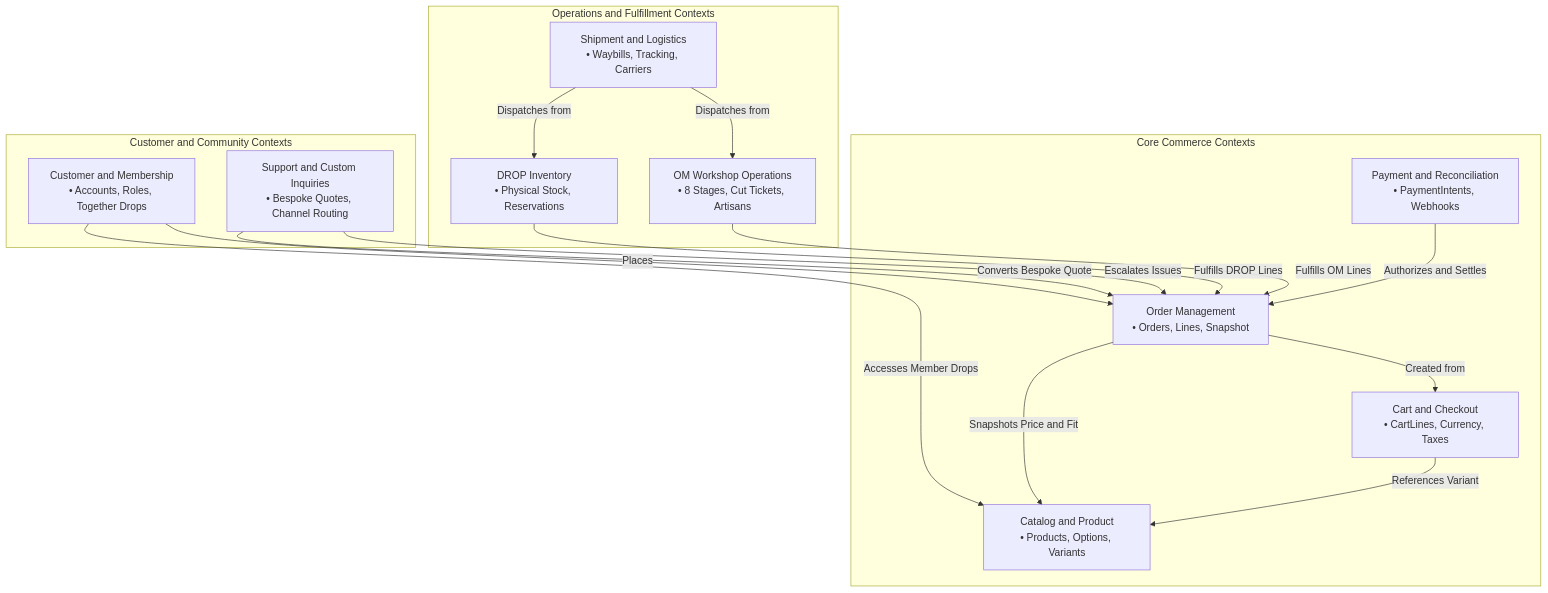
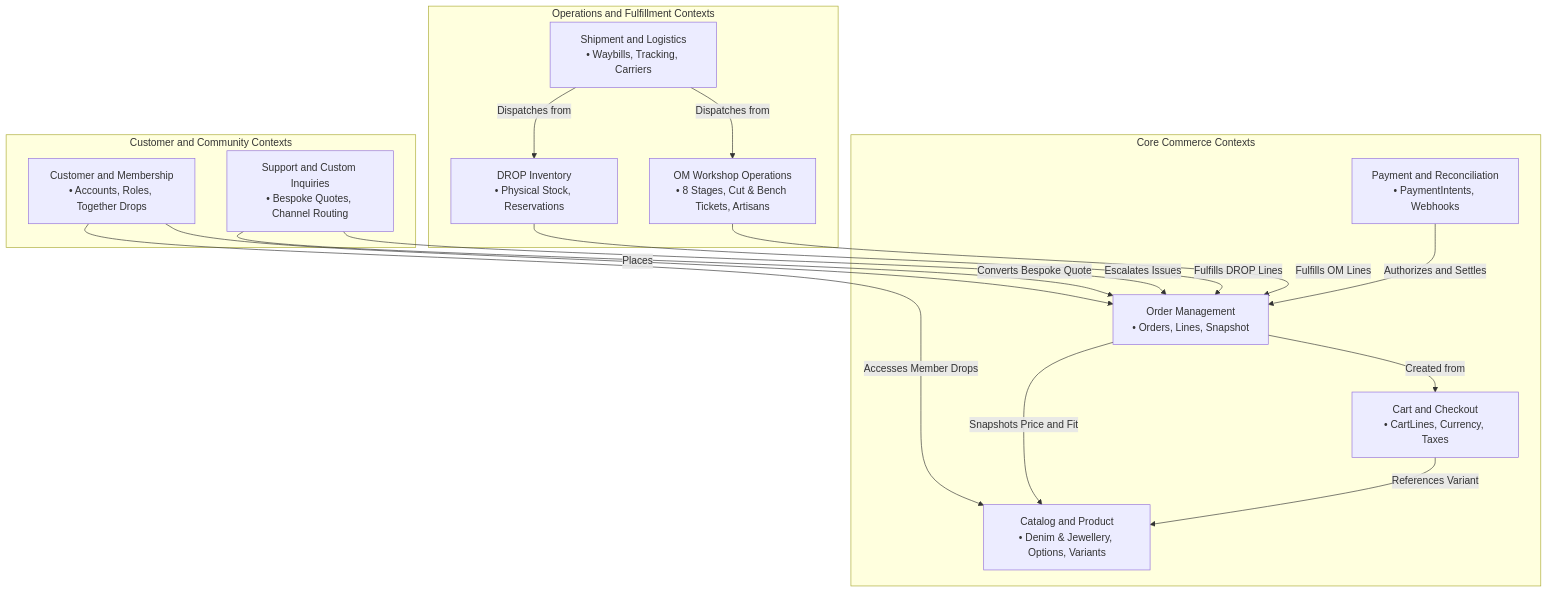
The first of 2 diagrams in docs/architecture/domain-map.md (Sarthak2233/Jeanius), drawn with Mermaid before and after one commit. The commit also changed other lines of this file and 43 other files, not shown here.

````diff
--- a/docs/architecture/domain-map.md
+++ b/docs/architecture/domain-map.md
@@ -12,33 +12,33 @@
 ```mermaid
 graph TD
     subgraph Core Commerce Contexts
-        Catalog["Catalog and Product<br/>• Products, Options, Variants"]
+        Catalog["Catalog and Product<br/>• Denim & Jewellery, Options, Variants"]
         Cart["Cart and Checkout<br/>• CartLines, Currency, Taxes"]
         Order["Order Management<br/>• Orders, Lines, Snapshot"]
         Payment["Payment and Reconciliation<br/>• PaymentIntents, Webhooks"]
     end
 
     subgraph Operations and Fulfillment Contexts
-        Production["OM Workshop Operations<br/>• 8 Stages, Cut Tickets, Artisans"]
+        Production["OM Workshop Operations<br/>• 8 Stages, Cut & Bench Tickets, Artisans"]
         Inventory["DROP Inventory<br/>• Physical Stock, Reservations"]
         Shipping["Shipment and Logistics<br/>• Waybills, Tracking, Carriers"]
     end
 
     subgraph Customer and Community Contexts
         Customer["Customer and Membership<br/>• Accounts, Roles, Together Drops"]
         Support["Support and Custom Inquiries<br/>• Bespoke Quotes, Channel Routing"]
     end
 
     Cart -->|References Variant| Catalog
     Order -->|Created from| Cart
     Order -->|Snapshots Price and Fit| Catalog
     Payment -->|Authorizes and Settles| Order
     Production -->|Fulfills OM Lines| Order
     Inventory -->|Fulfills DROP Lines| Order
     Shipping -->|Dispatches from| Production
     Shipping -->|Dispatches from| Inventory
     Customer -->|Places| Order
     Customer -->|Accesses Member Drops| Catalog
     Support -->|Escalates Issues| Order
     Support -->|Converts Bespoke Quote| Order
 ```
````
